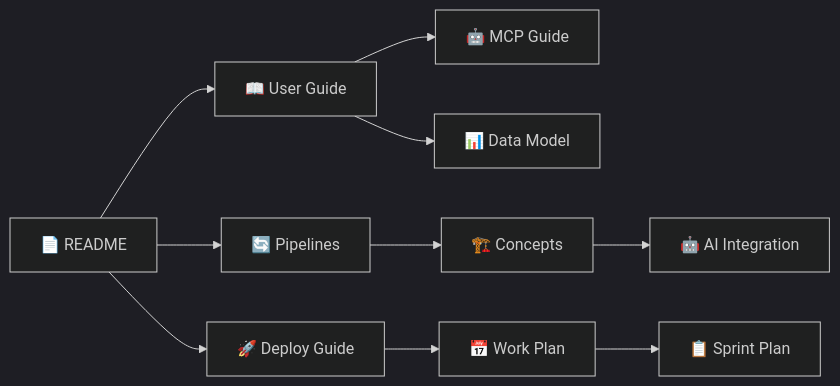
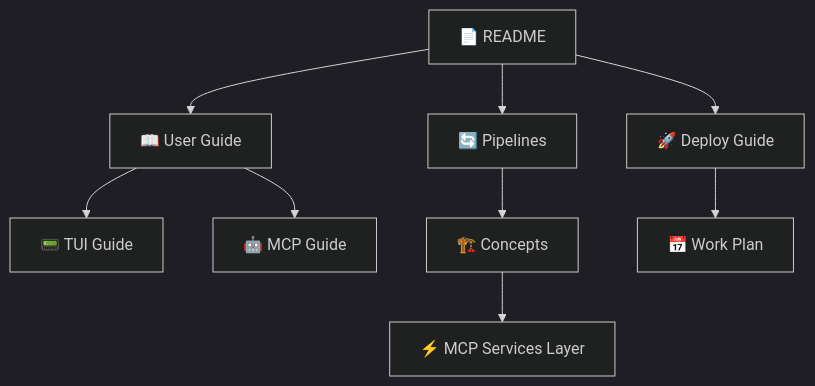
The diagram in README.md (LAMP-LUCAS/fotonSystem), drawn with Mermaid (dark theme) before and after one commit. The commit also changed other lines of this file and 15 other files, not shown here.

````diff
--- a/README.md
+++ b/README.md
@@ -115,15 +110,14 @@
 ```mermaid
-graph LR
+graph TD
     README[📄 README] --> UserGuide[📖 User Guide]
     README --> Pipelines[🔄 Pipelines]
     README --> deployment[🚀 Deploy Guide]
     
+    UserGuide --> TUI[📟 TUI Guide]
     UserGuide --> mcp[🤖 MCP Guide]
-    UserGuide --> DataModel[📊 Data Model]
     
     Pipelines --> concepts[🏗️ Concepts]
-    concepts --> AI_Report[🤖 AI Integration]
+    concepts --> MCPServices[⚡ MCP Services Layer]
     
     deployment --> workplan[📅 Work Plan]
-    workplan --> sprint[📋 Sprint Plan]
 ```
````
